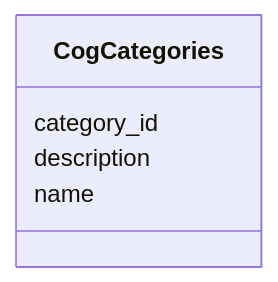
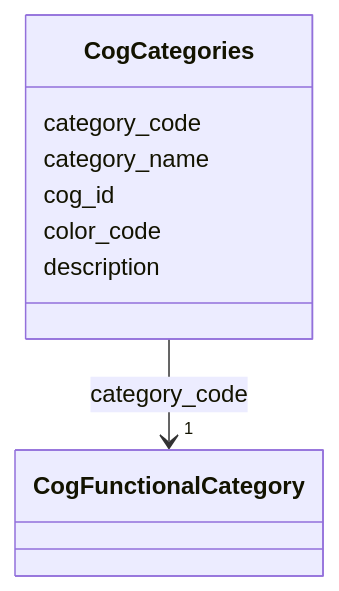
The diagram in docs/kbase/nmdc_core/CogCategories.md (cmungall/bridge-schemas), drawn with Mermaid before and after one commit. The commit also changed other lines of this file and 1727 other files, not shown here.

````diff
--- a/docs/kbase/nmdc_core/CogCategories.md
+++ b/docs/kbase/nmdc_core/CogCategories.md
@@ -18,12 +24,25 @@
 ```mermaid
  classDiagram
     class CogCategories
     click CogCategories href "../CogCategories/"
-      CogCategories : category_id
+      CogCategories : category_code
+        
+          
+    
+        
+        
+        CogCategories --> "1" CogFunctionalCategory : category_code
+        click CogFunctionalCategory href "../CogFunctionalCategory/"
+    
+
+        
+      CogCategories : category_name
+        
+      CogCategories : cog_id
+        
+      CogCategories : color_code
         
       CogCategories : description
         
-      CogCategories : name
-        
       
 ```
````
